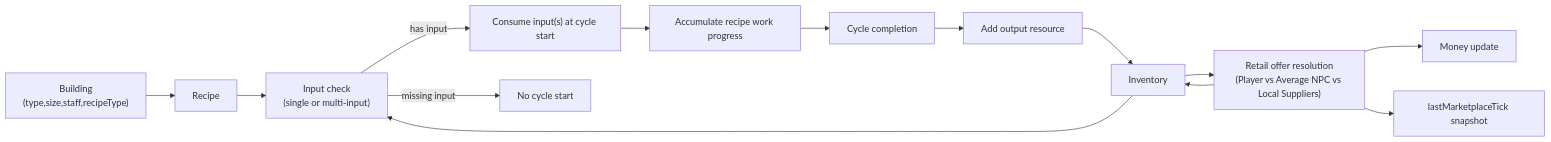
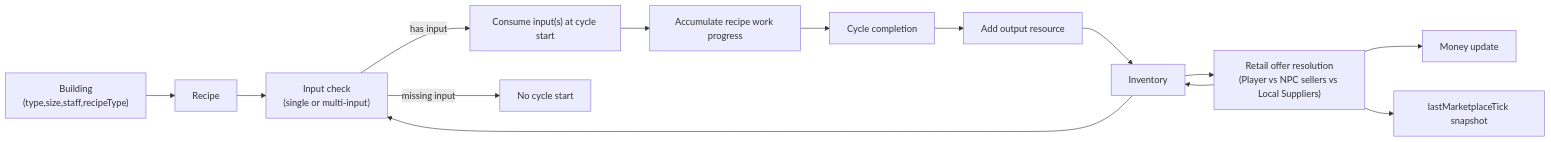
The first of 14 diagrams in docs/VariableRelationshipMap.md (gram12321/protoproduction), drawn with Mermaid before and after one commit. The commit also changed other lines of this file and 10 other files, not shown here.

````diff
--- a/docs/VariableRelationshipMap.md
+++ b/docs/VariableRelationshipMap.md
@@ -65,16 +68,16 @@
 ```mermaid
 flowchart LR
   BLD["Building\n(type,size,staff,recipeType)"] --> RCP["Recipe"]
   INV["Inventory"] --> INCHK["Input check\n(single or multi-input)"]
   RCP --> INCHK
   INCHK -->|has input| START["Consume input(s) at cycle start"]
   INCHK -->|missing input| BLOCK["No cycle start"]
   START --> WORK["Accumulate recipe work progress"]
   WORK --> DONE["Cycle completion"]
   DONE --> OUT["Add output resource"]
   OUT --> INV
-  INV --> RETAIL["Retail offer resolution\n(Player vs Average NPC vs Local Suppliers)"]
+  INV --> RETAIL["Retail offer resolution\n(Player vs NPC sellers vs Local Suppliers)"]
   RETAIL --> INV
   RETAIL --> MONEY["Money update"]
   RETAIL --> SNAP["lastMarketplaceTick snapshot"]
 ```
````
